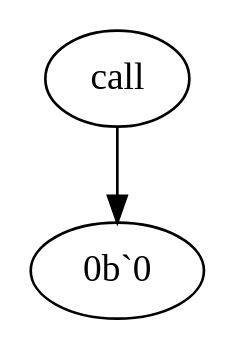
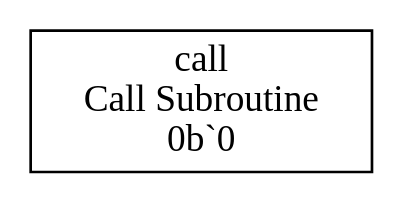
The diagram in src/graphs/subr.dot (eignnx/SPRIND), drawn with Graphviz before and after one commit. The commit also changed 9 other files, not shown here.

```diff
--- a/src/graphs/subr.dot
+++ b/src/graphs/subr.dot
@@ -1,4 +1,5 @@
 digraph "Format subr" {
-  "call_16130939" [label = "call"];
-  "call_16130939" -> "0b`0"
+  "call_16130939" [label = "call
+Call Subroutine
+0b`0", shape = rectangle];
 }
```
